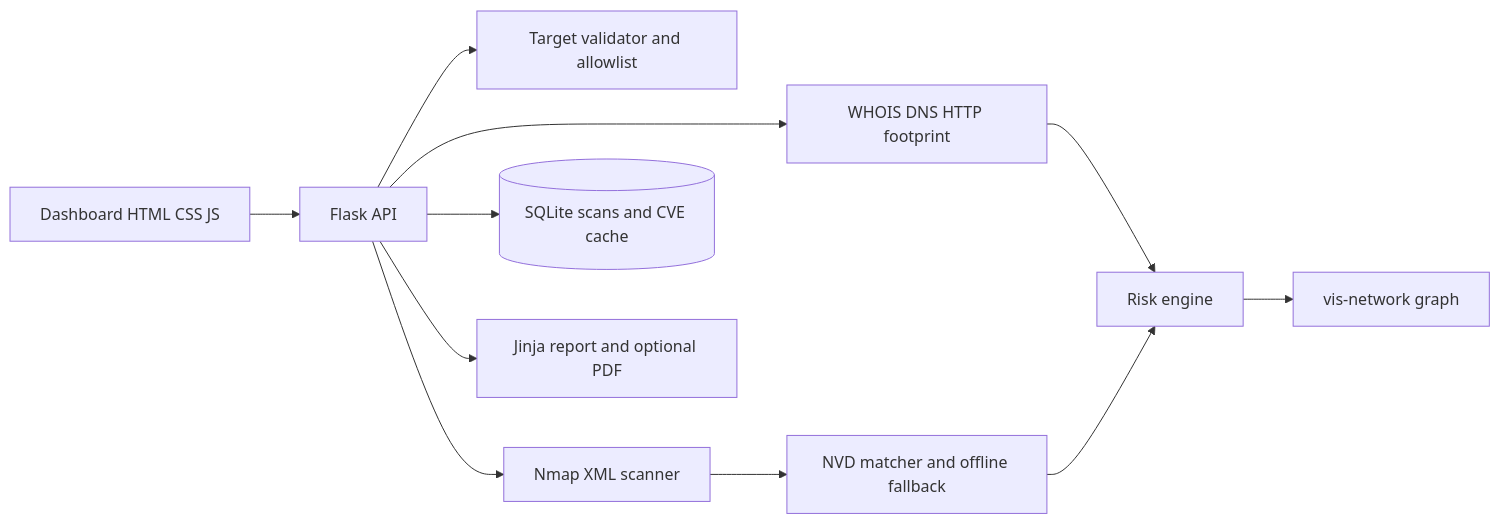
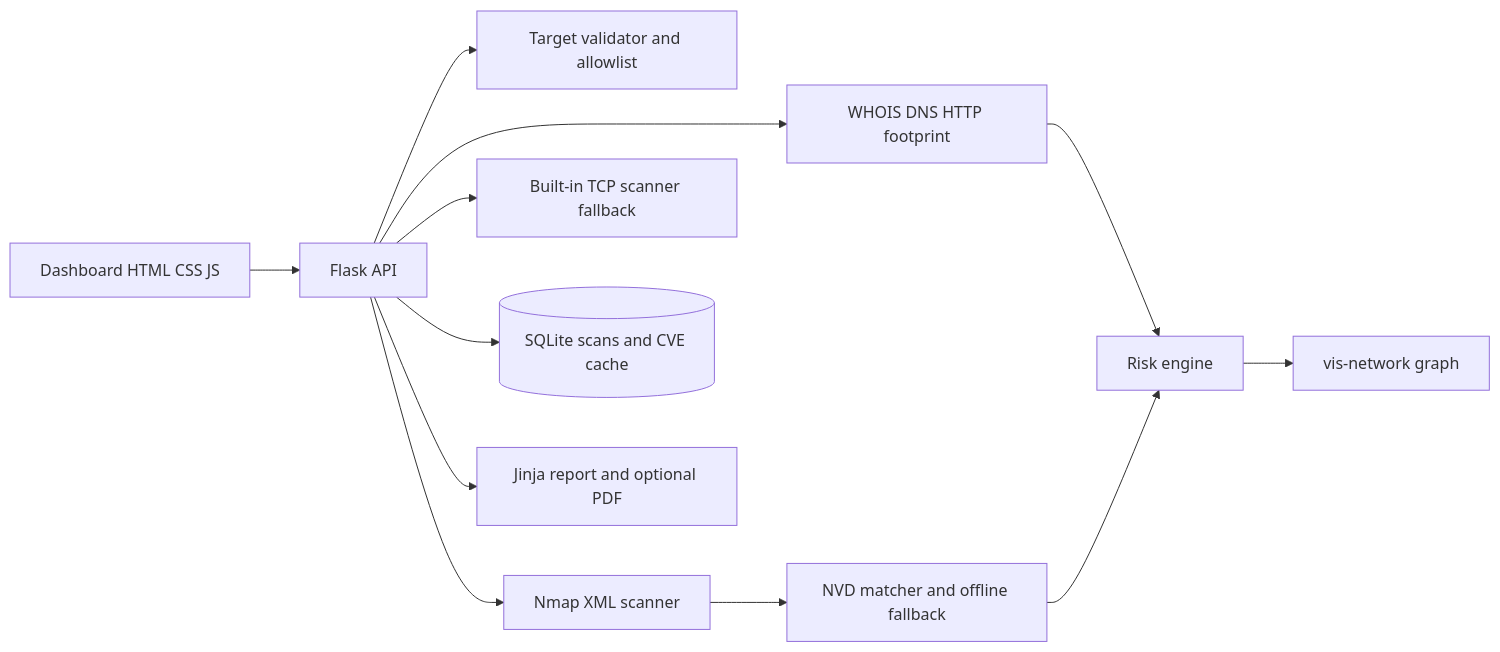
One commit to dhanushka030/TraceIQ changed the diagram in README.md. Above: the diagram before and after it, drawn with Mermaid. The commit also changed other lines of this file and 19 other files, not shown here.

Commit message:
Complete TraceIQ: built-in scanner, TLS/subdomain footprint, SVG dashboard, PDF fallback, 45 tests

````diff
--- a/README.md
+++ b/README.md
@@ -57,13 +60,14 @@
 ```mermaid
 flowchart LR
   UI[Dashboard HTML CSS JS] --> API[Flask API]
   API --> V[Target validator and allowlist]
   API --> F[WHOIS DNS HTTP footprint]
   API --> N[Nmap XML scanner]
   F --> R[Risk engine]
+  API --> B[Built-in TCP scanner fallback]
   N --> C[NVD matcher and offline fallback]
   C --> R
   R --> G[vis-network graph]
   API --> DB[(SQLite scans and CVE cache)]
   API --> RP[Jinja report and optional PDF]
 ```
````
